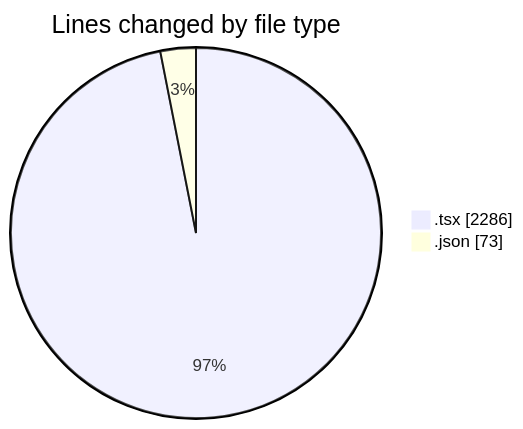
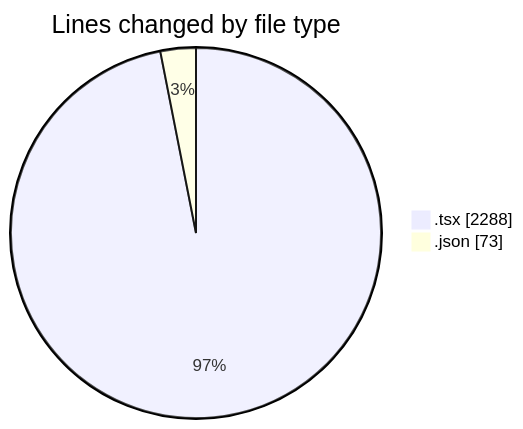
The first of 2 diagrams in 2025-10-02/cda/README.md (momahboobian/code-tracking), drawn with Mermaid before and after one commit. The commit also changed other lines of this file and 1 other file, not shown here.

````diff
--- a/2025-10-02/cda/README.md
+++ b/2025-10-02/cda/README.md
@@ -23,6 +23,6 @@
 ```mermaid
 pie showData
 title Lines changed by file type
-".tsx" : 2286
+".tsx" : 2288
 ".json" : 73
 ```
````
